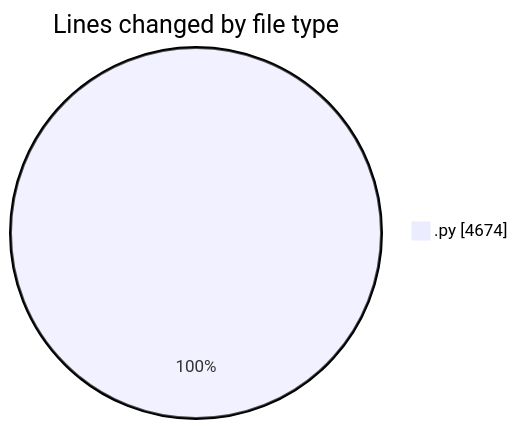
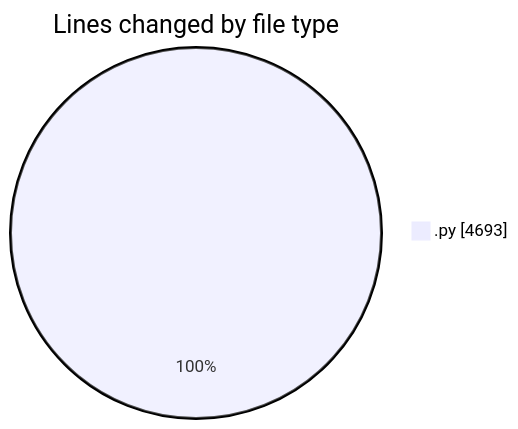
One commit to MatusMokan/code-tracking changed the first of 2 diagrams in 2025-05-08/myws__workspace_/README.md. Above: the diagram before and after it, drawn with Mermaid. The commit also changed other lines of this file and 1 other file, not shown here.

````diff
--- a/2025-05-08/myws__workspace_/README.md
+++ b/2025-05-08/myws__workspace_/README.md
@@ -24,5 +24,5 @@
 ```mermaid
 pie showData
 title Lines changed by file type
-".py" : 4674
+".py" : 4693
 ```
````
